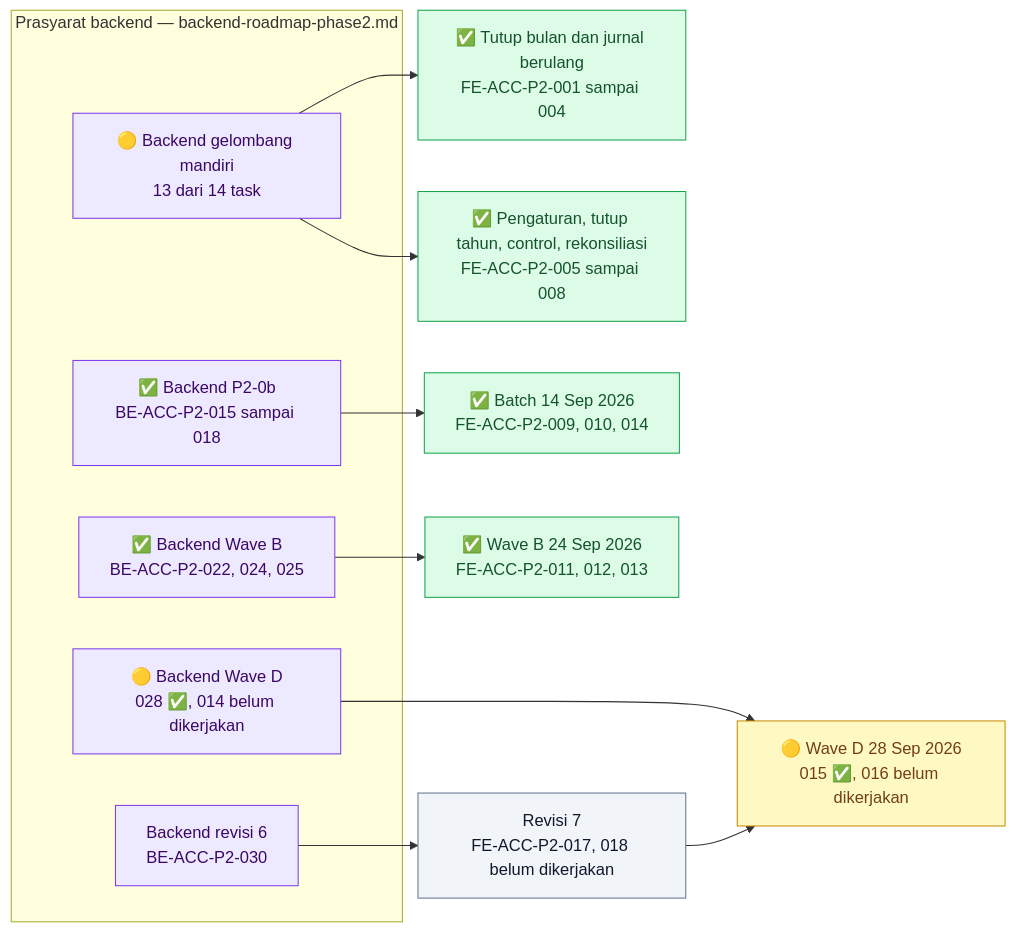
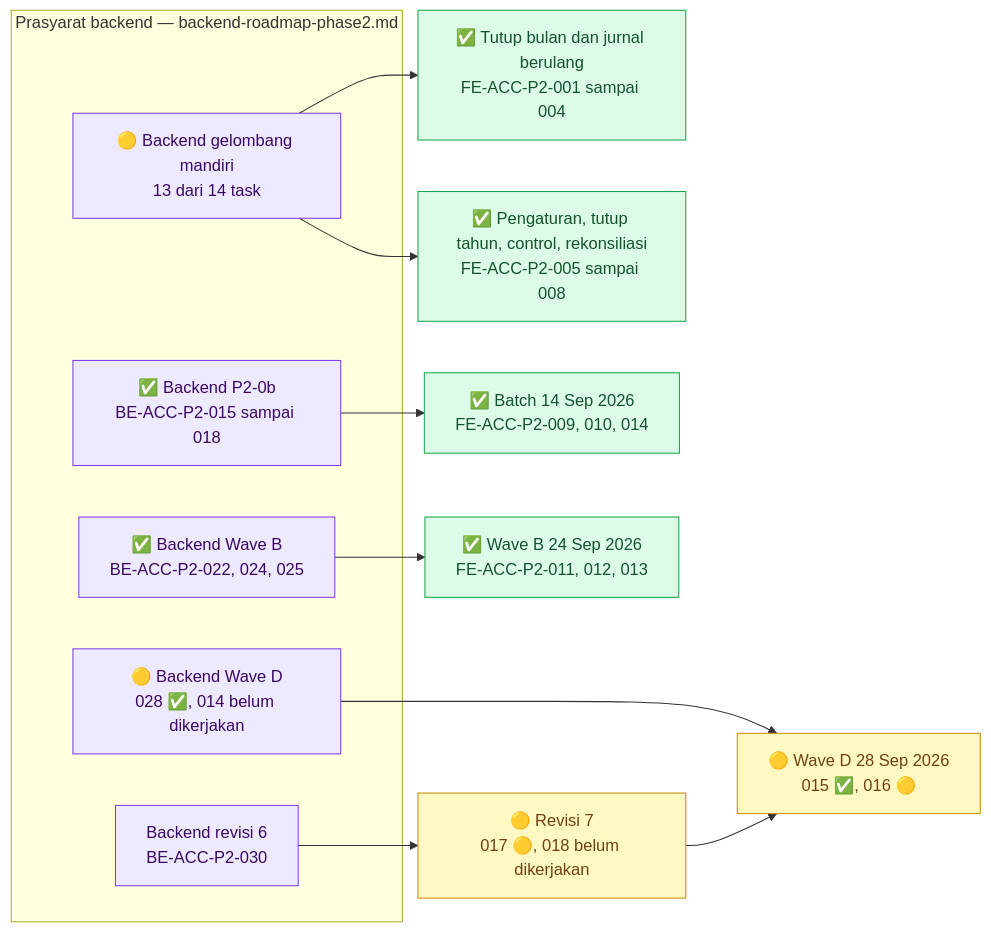
The first of 7 diagrams in docs/module-blueprints/accounting/roadmap/frontend-roadmap-phase2.md (DevBenari/NewQuilvianSystemBackend), drawn with Mermaid before and after one commit. The commit also changed other lines of this file and 12 other files, not shown here.

````diff
--- a/docs/module-blueprints/accounting/roadmap/frontend-roadmap-phase2.md
+++ b/docs/module-blueprints/accounting/roadmap/frontend-roadmap-phase2.md
@@ -43,31 +43,31 @@
 ```mermaid
 flowchart LR
     classDef selesai fill:#DCFCE7,stroke:#16A34A,color:#14532D
     classDef sebagian fill:#FEF9C3,stroke:#CA8A04,color:#713F12
     classDef terblokir fill:#FEE2E2,stroke:#DC2626,color:#7F1D1D
     classDef belum fill:#F1F5F9,stroke:#64748B,color:#0F172A
     classDef luar fill:#EDE9FE,stroke:#7C3AED,color:#3B0764
 
     subgraph backend["Prasyarat backend — backend-roadmap-phase2.md"]
         BMANDIRI["🟡 Backend gelombang mandiri<br/>13 dari 14 task"]:::luar
         BP20B["✅ Backend P2-0b<br/>BE-ACC-P2-015 sampai 018"]:::luar
         BWAVEB["✅ Backend Wave B<br/>BE-ACC-P2-022, 024, 025"]:::luar
         BWAVED["🟡 Backend Wave D<br/>028 ✅, 014 belum dikerjakan"]:::luar
         BREV6["Backend revisi 6<br/>BE-ACC-P2-030"]:::luar
     end
 
     FTUTUP["✅ Tutup bulan dan jurnal berulang<br/>FE-ACC-P2-001 sampai 004"]:::selesai
     FLAIN["✅ Pengaturan, tutup tahun, control, rekonsiliasi<br/>FE-ACC-P2-005 sampai 008"]:::selesai
     FBATCH["✅ Batch 14 Sep 2026<br/>FE-ACC-P2-009, 010, 014"]:::selesai
     FWAVEB["✅ Wave B 24 Sep 2026<br/>FE-ACC-P2-011, 012, 013"]:::selesai
-    FWAVED["🟡 Wave D 28 Sep 2026<br/>015 ✅, 016 belum dikerjakan"]:::sebagian
-    FREV7["Revisi 7<br/>FE-ACC-P2-017, 018 belum dikerjakan"]:::belum
+    FWAVED["🟡 Wave D 28 Sep 2026<br/>015 ✅, 016 🟡"]:::sebagian
+    FREV7["🟡 Revisi 7<br/>017 🟡, 018 belum dikerjakan"]:::sebagian
 
     BMANDIRI --> FTUTUP
     BMANDIRI --> FLAIN
     BP20B --> FBATCH
     BWAVEB --> FWAVEB
     BWAVED --> FWAVED
     BREV6 --> FREV7
     FREV7 --> FWAVED
 ```
````
